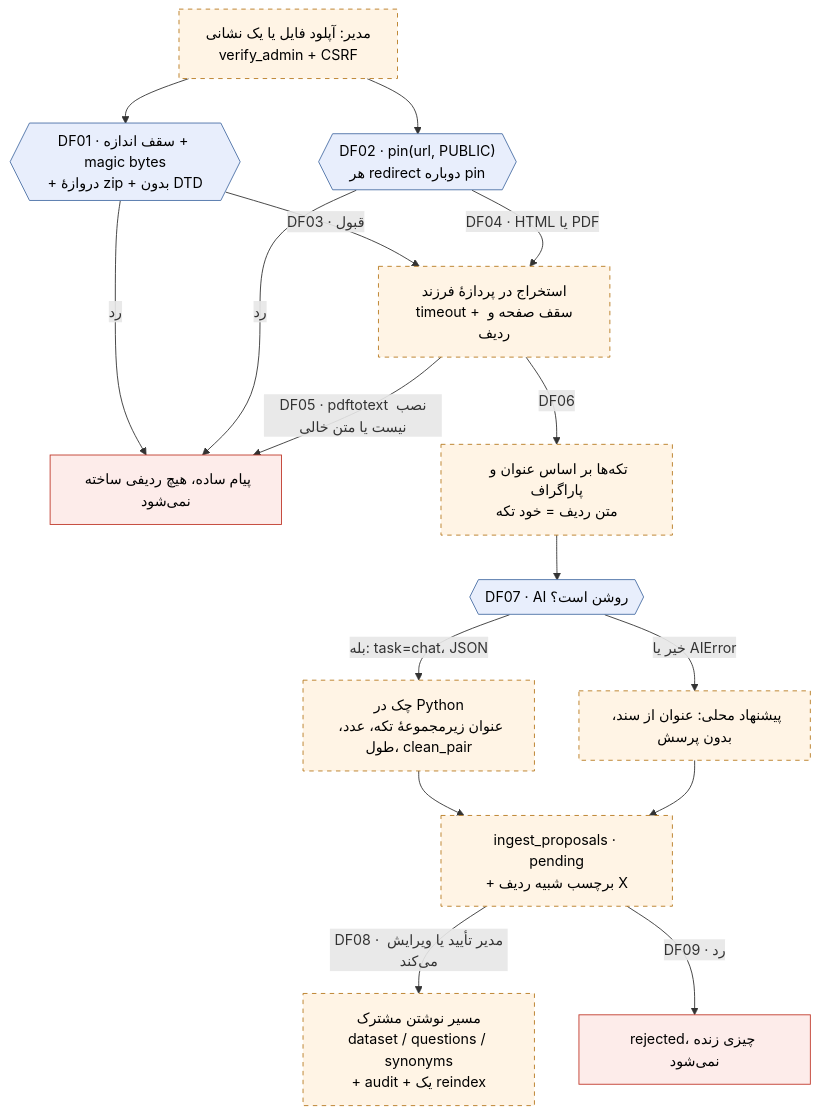
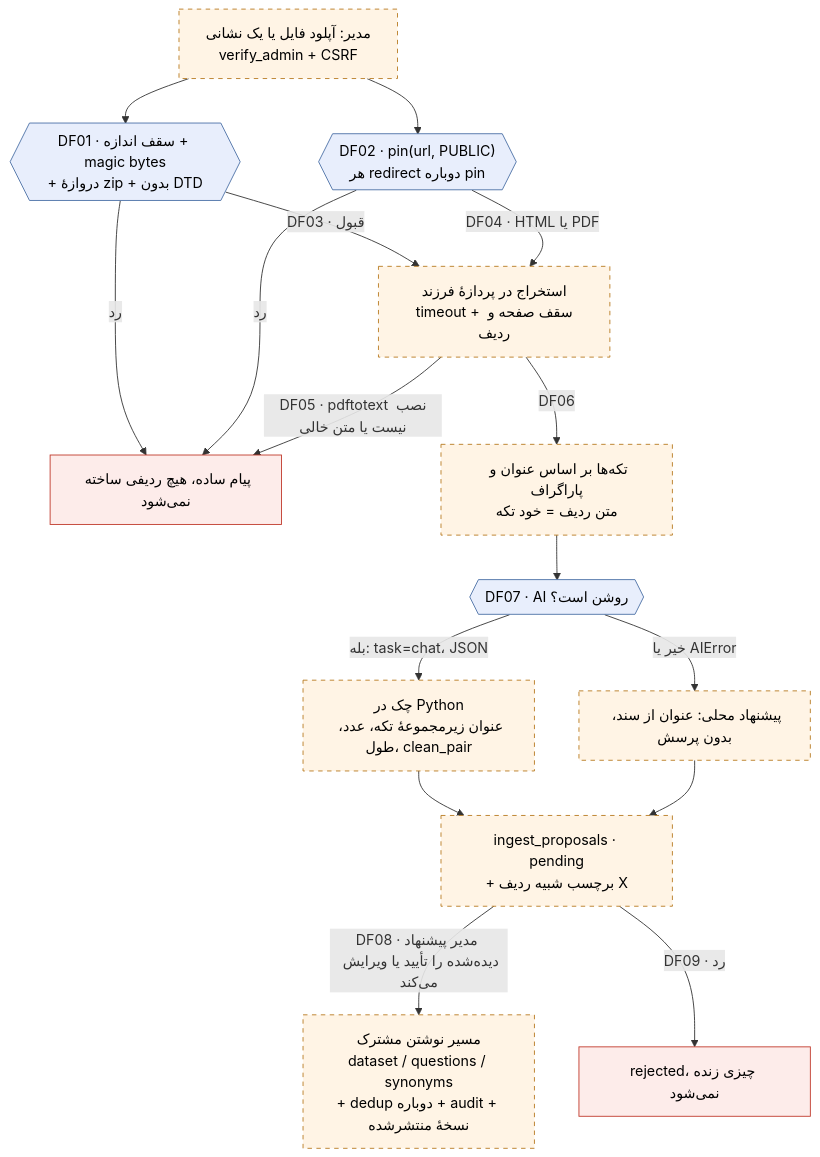
Before and after one commit to Kohandezh/PadyarAIChatBot: the diagram in docs/features/knowledge-ingestion/RESEARCH.md, drawn with Mermaid. The commit also changed other lines of this file and 2 other files, not shown here.

````diff
--- a/docs/features/knowledge-ingestion/RESEARCH.md
+++ b/docs/features/knowledge-ingestion/RESEARCH.md
@@ -608,25 +730,25 @@
 ```mermaid
 flowchart TB
     IN["مدیر: آپلود فایل یا یک نشانی<br/>verify_admin + CSRF"] --> G1{{"DF01 · سقف اندازه + magic bytes<br/>+ دروازهٔ zip + بدون DTD"}}
     IN --> G2{{"DF02 · pin(url, PUBLIC)<br/>هر redirect دوباره pin"}}
     G1 -->|"رد"| R1["پیام ساده، هیچ ردیفی ساخته نمی‌شود"]
     G2 -->|"رد"| R1
     G1 -->|"DF03 · قبول"| EX["استخراج در پردازهٔ فرزند<br/>timeout + سقف صفحه و ردیف"]
     G2 -->|"DF04 · HTML یا PDF"| EX
     EX -->|"DF05 · pdftotext نصب نیست یا متن خالی"| R1
     EX -->|"DF06"| CH["تکه‌ها بر اساس عنوان و پاراگراف<br/>متن ردیف = خود تکه"]
     CH --> AI{{"DF07 · AI روشن است؟"}}
     AI -->|"بله: task=chat، JSON"| CK["چک در Python<br/>عنوان زیرمجموعهٔ تکه، عدد، طول، clean_pair"]
     AI -->|"خیر یا AIError"| LOC["پیشنهاد محلی: عنوان از سند، بدون پرسش"]
     CK --> ST["ingest_proposals · pending<br/>+ برچسب شبیه ردیف X"]
     LOC --> ST
-    ST -->|"DF08 · مدیر تأیید یا ویرایش می‌کند"| W["مسیر نوشتن مشترک<br/>dataset / questions / synonyms<br/>+ audit + یک reindex"]
+    ST -->|"DF08 · مدیر پیشنهاد دیده‌شده را تأیید یا ویرایش می‌کند"| W["مسیر نوشتن مشترک<br/>dataset / questions / synonyms<br/>+ dedup دوباره + audit + نسخهٔ منتشرشده"]
     ST -->|"DF09 · رد"| REJ["rejected، چیزی زنده نمی‌شود"]
 
     classDef proposed fill:#fff4e5,stroke:#b7791f,stroke-dasharray:5 5,color:#000
     classDef gate fill:#e8eefc,stroke:#4a6fa5,color:#000
     classDef stop fill:#fdecea,stroke:#c0392b,color:#000
     class IN,EX,CH,CK,LOC,ST,W proposed
     class G1,G2,AI gate
     class R1,REJ stop
 ```
````
